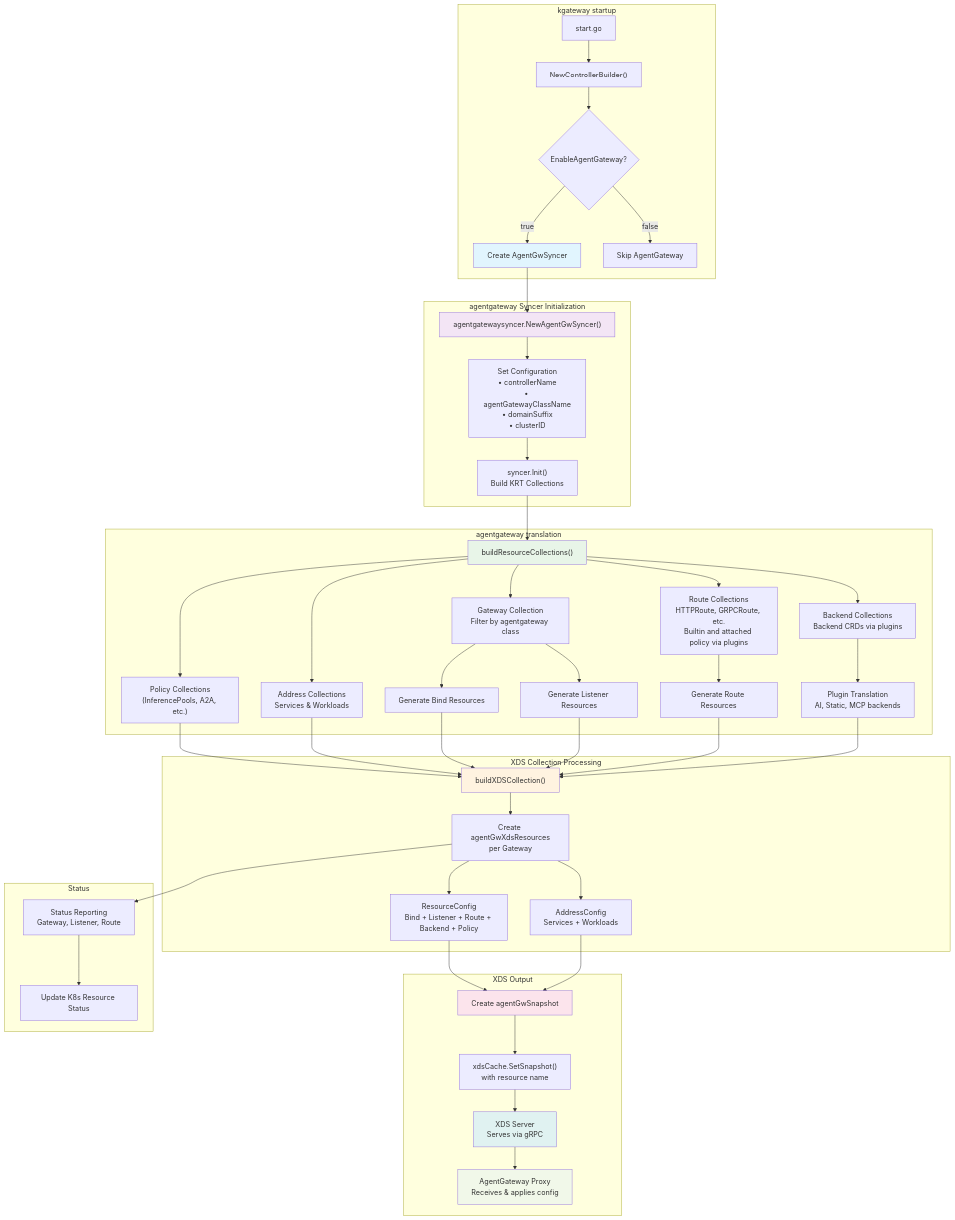
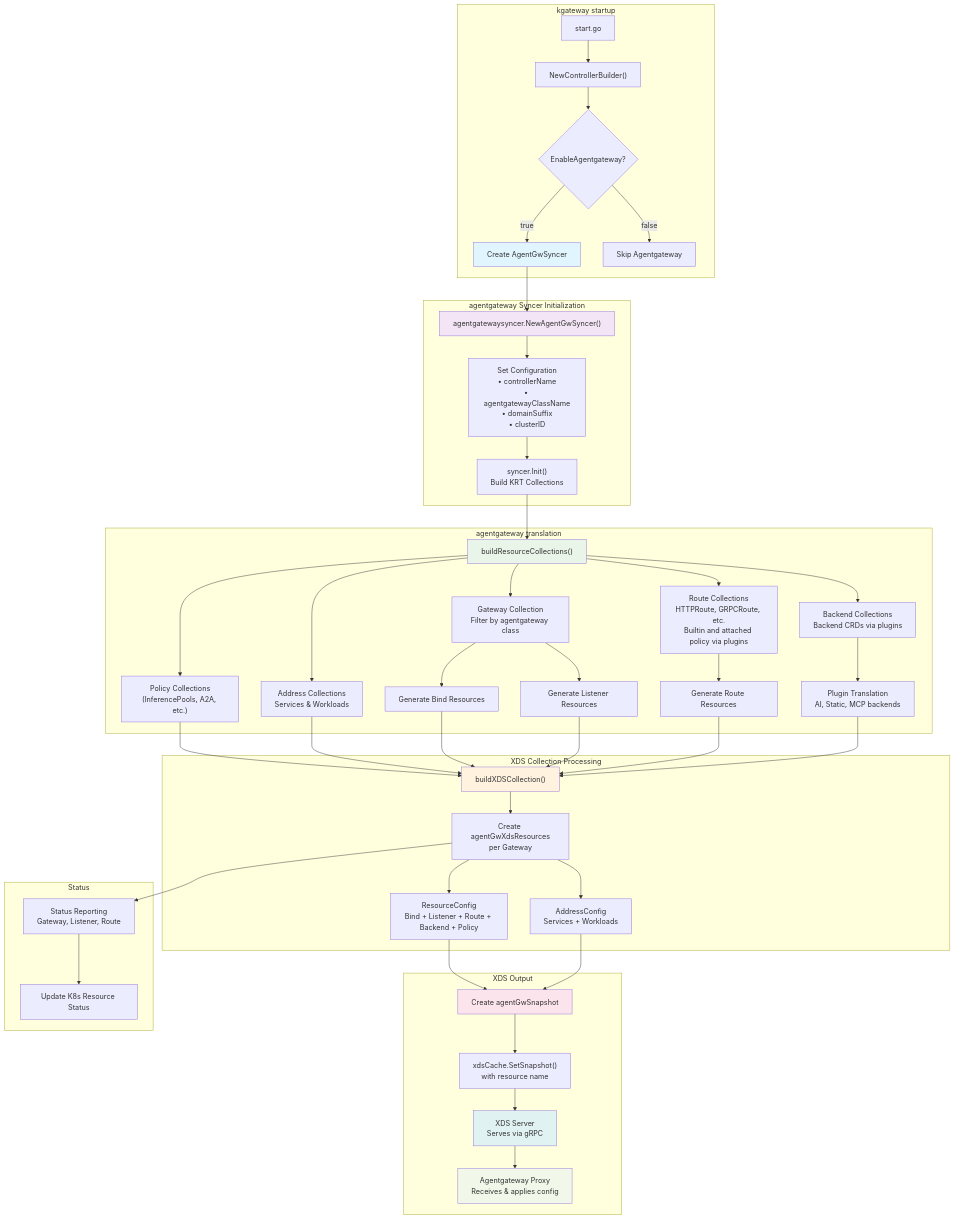
The diagram in internal/kgateway/agentgatewaysyncer/README.md (zgqqiang/kgateway), drawn with Mermaid before and after one commit. The commit also changed other lines of this file and 74 other files, not shown here.

Commit message:
rename agentGateway to agentgateway (#12293)

````diff
--- a/internal/kgateway/agentgatewaysyncer/README.md
+++ b/internal/kgateway/agentgatewaysyncer/README.md
@@ -160,66 +160,66 @@
 ```mermaid
 flowchart TD
     subgraph "kgateway startup"
         A1["start.go"] --> A2["NewControllerBuilder()"]
-        A2 --> A3{EnableAgentGateway?}
+        A2 --> A3{EnableAgentgateway?}
         A3 -->|true| A4["Create AgentGwSyncer"]
-        A3 -->|false| A5["Skip AgentGateway"]
+        A3 -->|false| A5["Skip Agentgateway"]
     end
 
     subgraph "agentgateway Syncer Initialization"
         A4 --> B1["agentgatewaysyncer.NewAgentGwSyncer()"]
-        B1 --> B2["Set Configuration<br/>• controllerName<br/>• agentGatewayClassName<br/>• domainSuffix<br/>• clusterID"]
+        B1 --> B2["Set Configuration<br/>• controllerName<br/>• agentgatewayClassName<br/>• domainSuffix<br/>• clusterID"]
         B2 --> B3["syncer.Init()<br/>Build KRT Collections"]
     end
 
     subgraph "agentgateway translation"
         B3 --> C1["buildResourceCollections()"]
 
         C1 --> C2["Gateway Collection<br/>Filter by agentgateway class"]
         C1 --> C3["Route Collections<br/>HTTPRoute, GRPCRoute, etc.<br/>Builtin and attached policy via plugins"]
         C1 --> C4["Backend Collections<br/>Backend CRDs via plugins"]
         C1 --> C5["Policy Collections<br/>(InferencePools, A2A, etc.)"]
         C1 --> C6["Address Collections<br/>Services & Workloads"]
 
         C2 --> C7["Generate Bind Resources"]
         C2 --> C8["Generate Listener Resources"]
         C3 --> C9["Generate Route Resources"]
         C4 --> C10["Plugin Translation<br/>AI, Static, MCP backends"]
     end
 
     subgraph "XDS Collection Processing"
         C5 --> D1["buildXDSCollection()"]
         C6 --> D1
         C7 --> D1
         C8 --> D1
         C9 --> D1
         C10 --> D1
 
         D1 --> D2["Create agentGwXdsResources<br/>per Gateway"]
         D2 --> D3["ResourceConfig<br/>Bind + Listener + Route + Backend + Policy"]
         D2 --> D4["AddressConfig<br/>Services + Workloads"]
     end
 
     subgraph "XDS Output"
         D3 --> E1["Create agentGwSnapshot"]
         D4 --> E1
 
         E1 --> E2["xdsCache.SetSnapshot()<br/>with resource name"]
         E2 --> E3["XDS Server<br/>Serves via gRPC"]
 
-        E3 --> E4["AgentGateway Proxy<br/>Receives & applies config"]
+        E3 --> E4["Agentgateway Proxy<br/>Receives & applies config"]
     end
 
     subgraph "Status"
         D2 --> F1["Status Reporting<br/>Gateway, Listener, Route"]
         F1 --> F2["Update K8s Resource Status"]
     end
 
     style A4 fill:#e1f5fe
     style B1 fill:#f3e5f5
     style C1 fill:#e8f5e8
     style D1 fill:#fff3e0
     style E1 fill:#fce4ec
     style E3 fill:#e0f2f1
     style E4 fill:#f1f8e9
 ```
````
